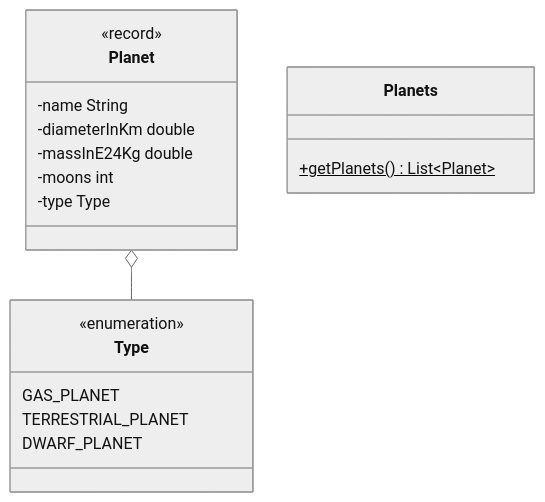
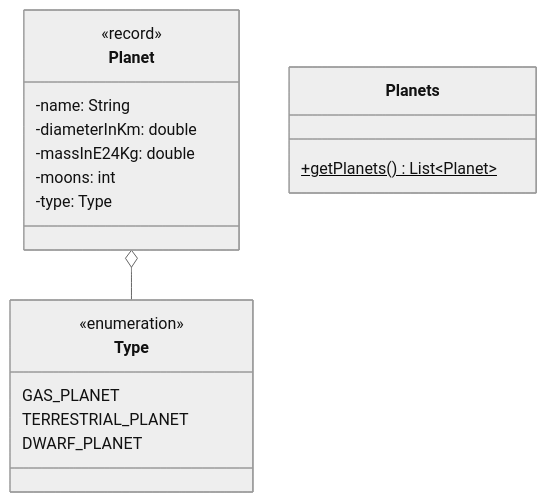
Before and after one commit to jappuccini/java-docs: the diagram in docs/exam-exercises/exam-exercises-java2/planets.md, drawn with Mermaid (neutral theme). The commit also changed other lines of this file and 76 other files, not shown here.

Commit message:
uml fixes (colons, properties), headline fixes (italic) and exam result updates

````diff
--- a/docs/exam-exercises/exam-exercises-java2/planets.md
+++ b/docs/exam-exercises/exam-exercises-java2/planets.md
@@ -18,24 +18,24 @@
 ```mermaid
 classDiagram
     Planet o-- Type
 
     class Planet {
         <<record>>
-        -name String
-        -diameterInKm double
-        -massInE24Kg double
-        -moons int
-        -type Type
+        -name: String
+        -diameterInKm: double
+        -massInE24Kg: double
+        -moons: int
+        -type: Type
     }
 
     class Type {
         <<enumeration>>
         GAS_PLANET
         TERRESTRIAL_PLANET
         DWARF_PLANET
     }
 
     class Planets {
         +getPlanets()$ List~Planet~
     }
 ```
````
